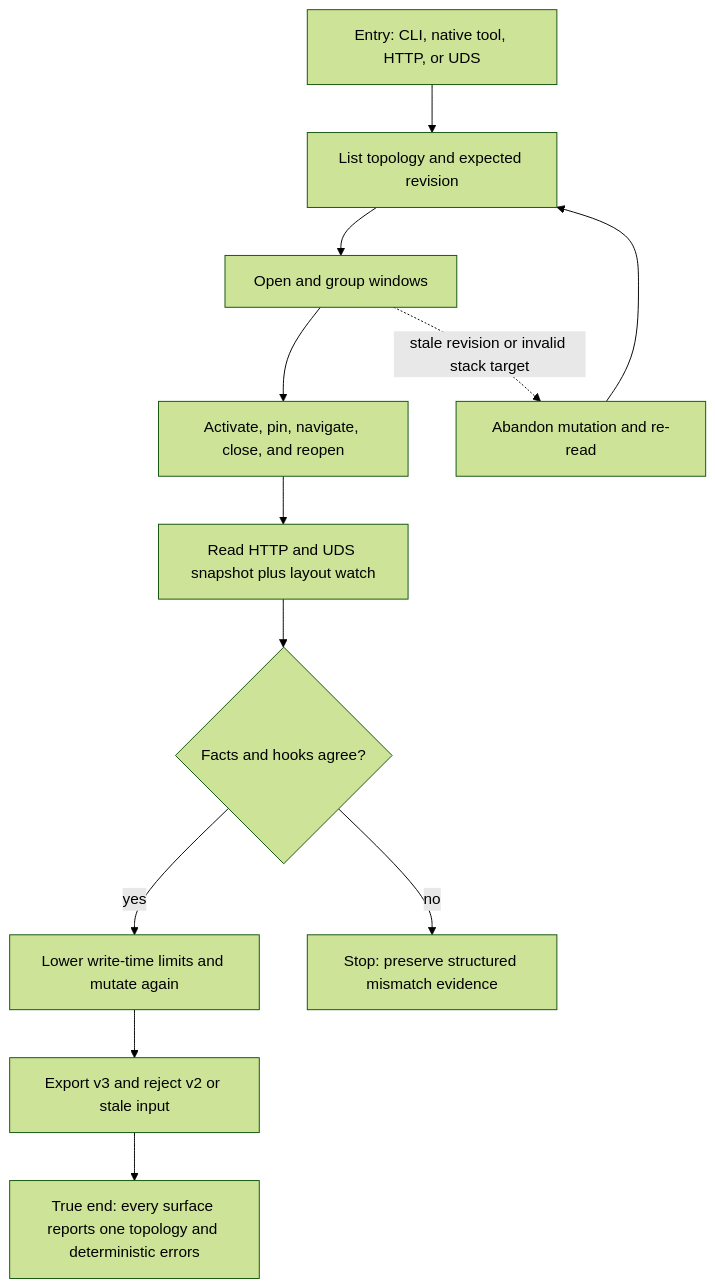
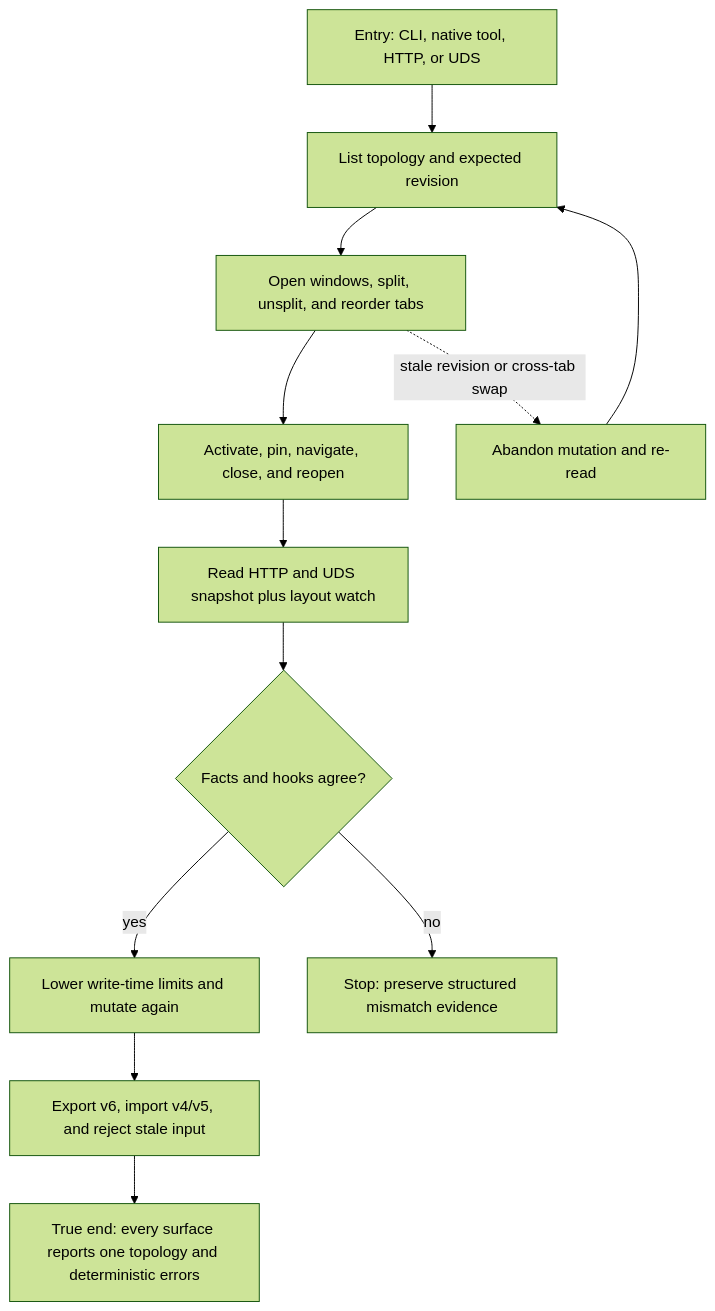
The diagram in docs/qa/journeys/J-agent-manage-window-tabs.md (compozy/compozy), drawn with Mermaid (forest theme) before and after one commit. The commit also changed other lines of this file and 73 other files, not shown here.

````diff
--- a/docs/qa/journeys/J-agent-manage-window-tabs.md
+++ b/docs/qa/journeys/J-agent-manage-window-tabs.md
@@ -7,14 +7,14 @@
 ```mermaid
 flowchart TD
     A[Entry: CLI, native tool, HTTP, or UDS] --> B[List topology and expected revision]
-    B --> C[Open and group windows]
+    B --> C[Open windows, split, unsplit, and reorder tabs]
     C --> D[Activate, pin, navigate, close, and reopen]
     D --> E[Read HTTP and UDS snapshot plus layout watch]
     E --> F{Facts and hooks agree?}
     F -->|yes| G[Lower write-time limits and mutate again]
     F -->|no| X[Stop: preserve structured mismatch evidence]
-    G --> H[Export v3 and reject v2 or stale input]
+    G --> H[Export v6, import v4/v5, and reject stale input]
     H --> I[True end: every surface reports one topology and deterministic errors]
-    C -.->|stale revision or invalid stack target| Y[Abandon mutation and re-read]
+    C -.->|stale revision or cross-tab swap| Y[Abandon mutation and re-read]
     Y --> B
 ```
````
